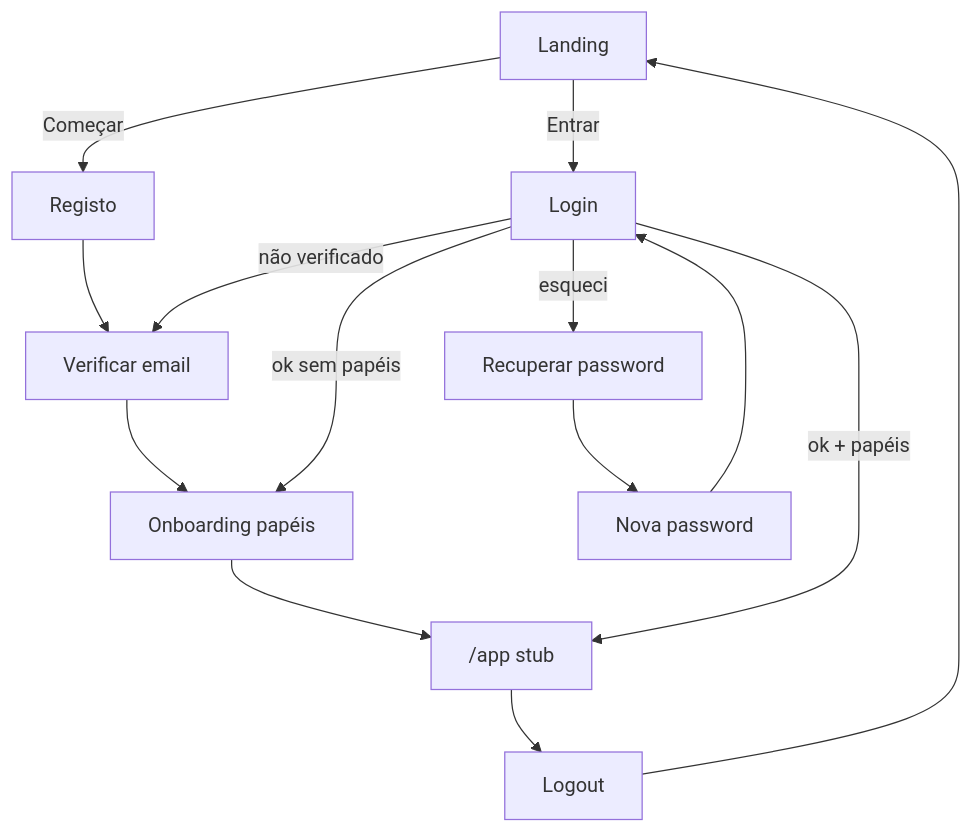
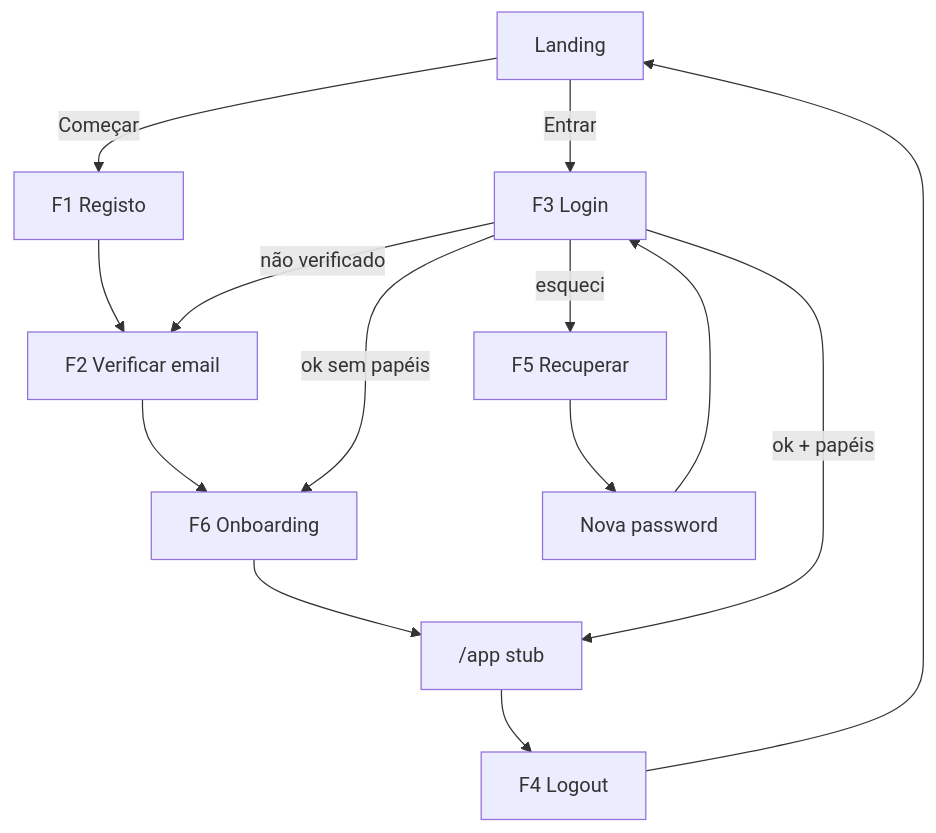
One commit to EduardoZ121/Site_Angola changed the first of 3 diagrams in docs/proposals/PRD_001_AUTHENTICATION_SPEC.md. Above: the diagram before and after it, drawn with Mermaid. The commit also changed other lines of this file and 1 other file, not shown here.

First line of the commit message:
docs(prd-001): add UX principle and restructure Block 2 flows

````diff
--- a/docs/proposals/PRD_001_AUTHENTICATION_SPEC.md
+++ b/docs/proposals/PRD_001_AUTHENTICATION_SPEC.md
@@ -214,15 +250,15 @@
 ```mermaid
 flowchart TD
-  L[Landing] -->|Começar| R[Registo]
-  L -->|Entrar| I[Login]
-  R --> V[Verificar email]
-  V --> O[Onboarding papéis]
+  L[Landing] -->|Começar| R[F1 Registo]
+  L -->|Entrar| I[F3 Login]
+  R --> V[F2 Verificar email]
+  V --> O[F6 Onboarding]
   O --> A["/app stub"]
   I -->|ok + papéis| A
   I -->|ok sem papéis| O
   I -->|não verificado| V
-  I -->|esqueci| P[Recuperar password]
+  I -->|esqueci| P[F5 Recuperar]
   P --> P2[Nova password]
   P2 --> I
-  A --> X[Logout] --> L
+  A --> X[F4 Logout] --> L
 ```
````
